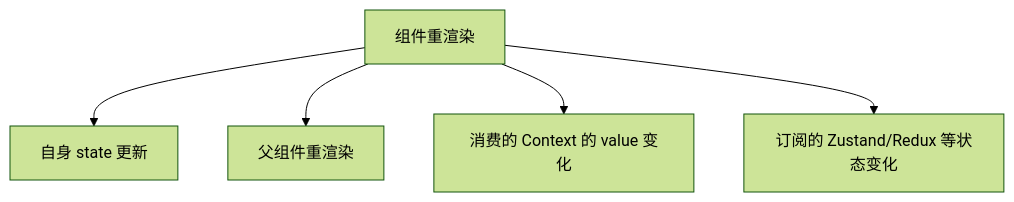
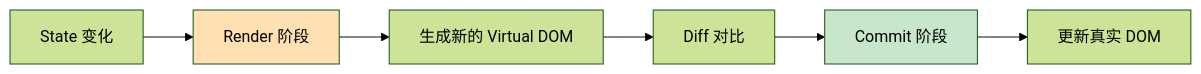
Before and after one commit to jiaxiangdong0309/StudyDocument: the first of 2 diagrams in react/Performance/1-基础篇.md, drawn with Mermaid (forest theme). The commit also changed other lines of this file and 29 other files, not shown here.

````diff
--- a/react/Performance/1-基础篇.md
+++ b/react/Performance/1-基础篇.md
@@ -15,7 +13,11 @@
 ```mermaid
-graph TB
-    A[组件重渲染] --> B[自身 state 更新]
-    A --> C[父组件重渲染]
-    A --> D[消费的 Context 的 value 变化]
-    A --> E[订阅的 Zustand/Redux 等状态变化]
+graph LR
+    A[State 变化] --> B[Render 阶段]
+    B --> C[生成新的 Virtual DOM]
+    C --> D[Diff 对比]
+    D --> E[Commit 阶段]
+    E --> F[更新真实 DOM]
+    
+    style B fill:#FFE0B2
+    style E fill:#C8E6C9
 ```
````
